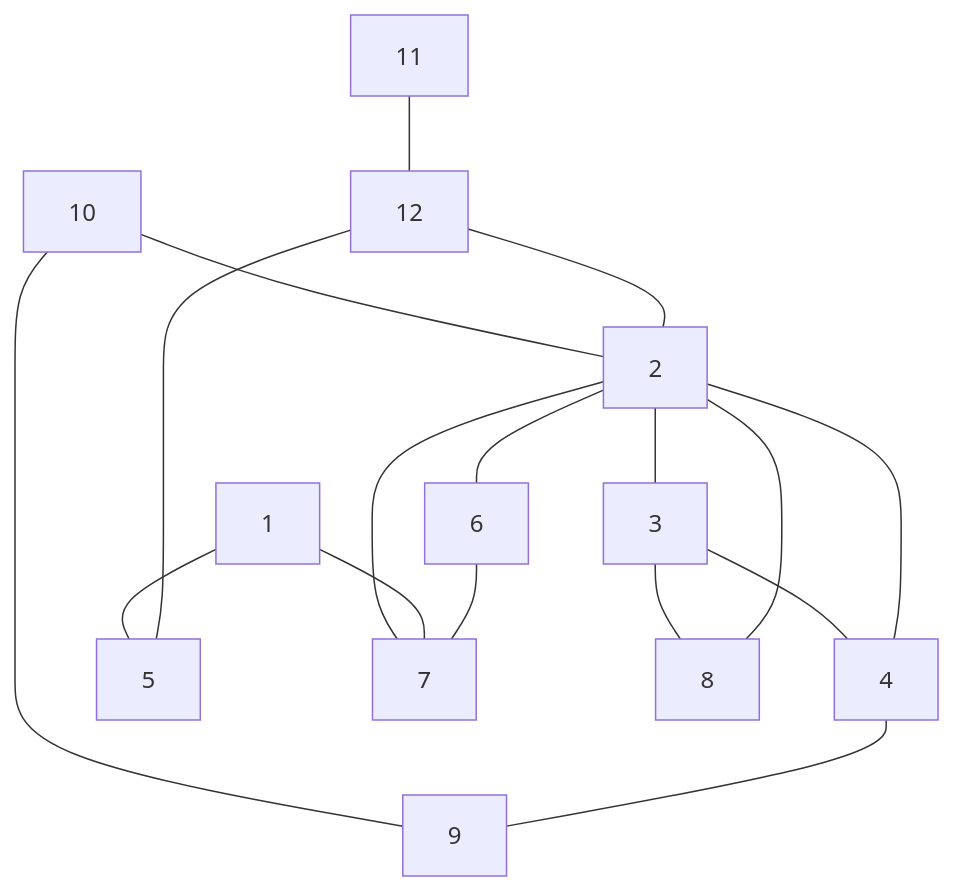
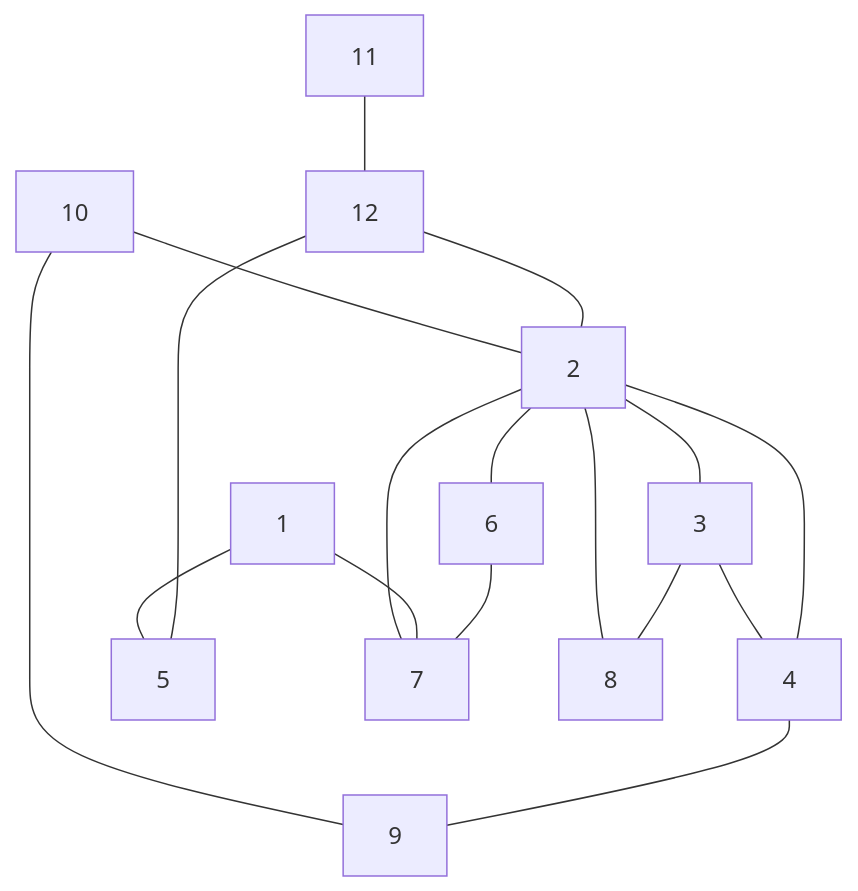
The diagram in README.md (antononcube/Raku-Graph), drawn with Mermaid before and after one commit. The commit also changed other lines of this file and 1 other file, not shown here.

````diff
--- a/README.md
+++ b/README.md
@@ -156,19 +156,19 @@
 ```mermaid
 graph TD
-10 --- 2
-10 --- 9
-2 --- 3
+12 --- 5
+1 --- 5
+4 --- 9
+2 --- 4
 3 --- 4
 3 --- 8
-2 --- 4
+2 --- 8
+2 --- 3
+6 --- 7
+1 --- 7
 2 --- 7
+11 --- 12
 12 --- 2
-2 --- 8
+10 --- 2
 2 --- 6
-1 --- 5
-1 --- 7
-6 --- 7
-12 --- 5
-11 --- 12
-4 --- 9
+10 --- 9
 ```
````
